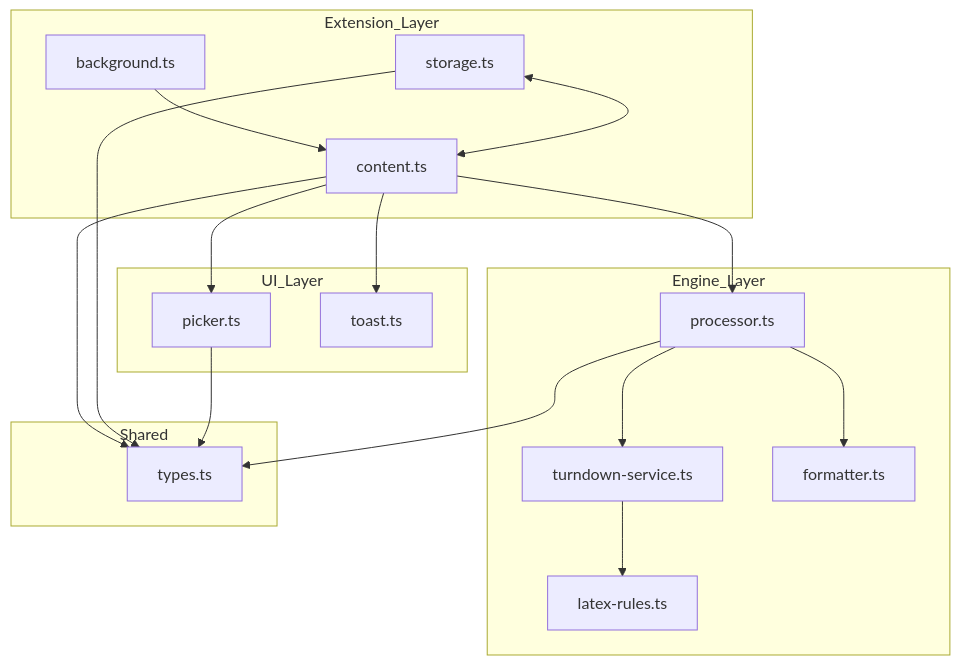
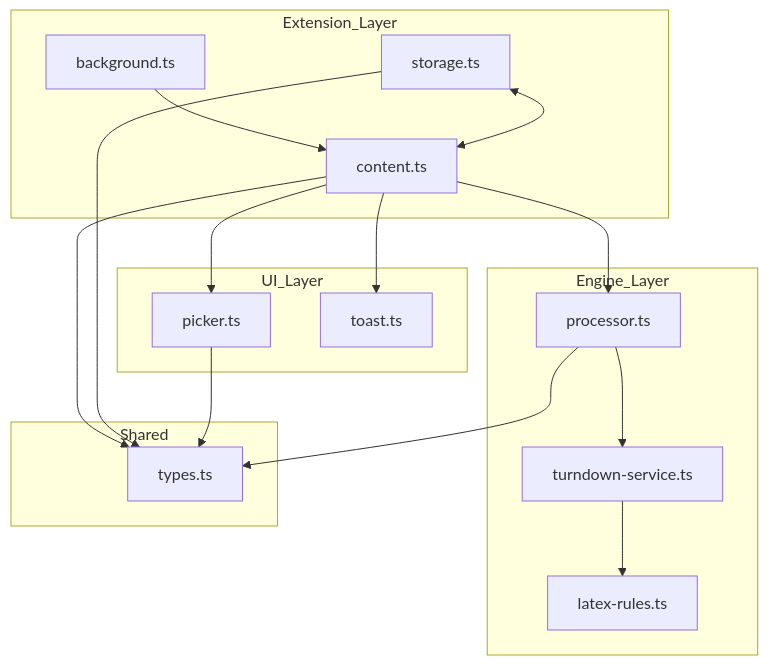
The diagram in docs/ARCHITECTURE.md (sem0ark/copy-as-markdown), drawn with Mermaid before and after one commit. The commit also changed other lines of this file and 14 other files, not shown here.

````diff
--- a/docs/ARCHITECTURE.md
+++ b/docs/ARCHITECTURE.md
@@ -256,23 +247,22 @@
 ```mermaid
 graph TD
     subgraph Extension_Layer
     B[background.ts] --> C[content.ts]
     S[storage.ts] <--> C
     end
 
     subgraph UI_Layer
     C --> P[picker.ts]
     C --> T[toast.ts]
     end
 
     subgraph Engine_Layer
     C --> E[processor.ts]
     E --> TS[turndown-service.ts]
     TS --> L[latex-rules.ts]
-    E --> F[formatter.ts]
     end
 
     subgraph Shared
     E & C & S & P --> Types[types.ts]
     end
 ```
````
